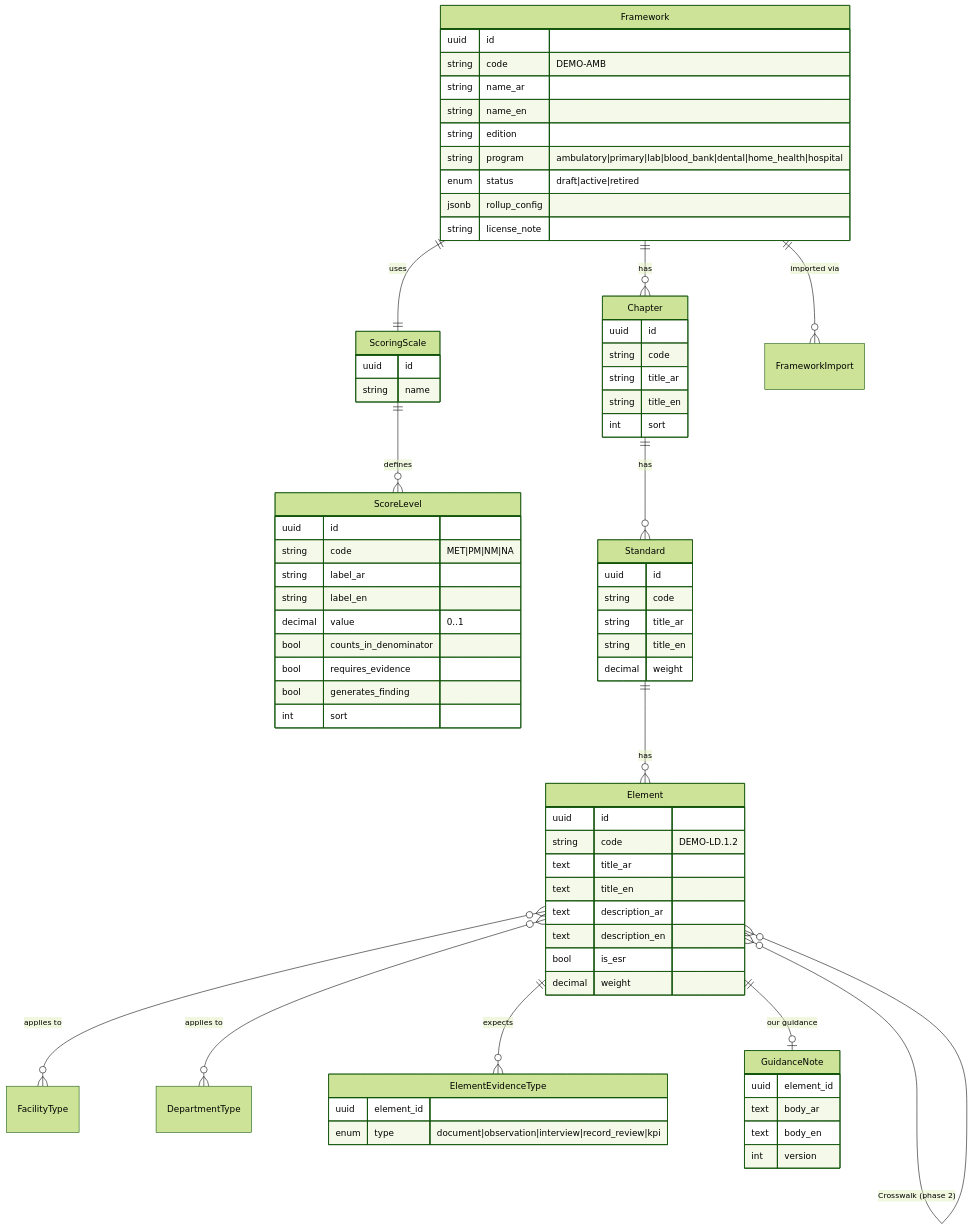
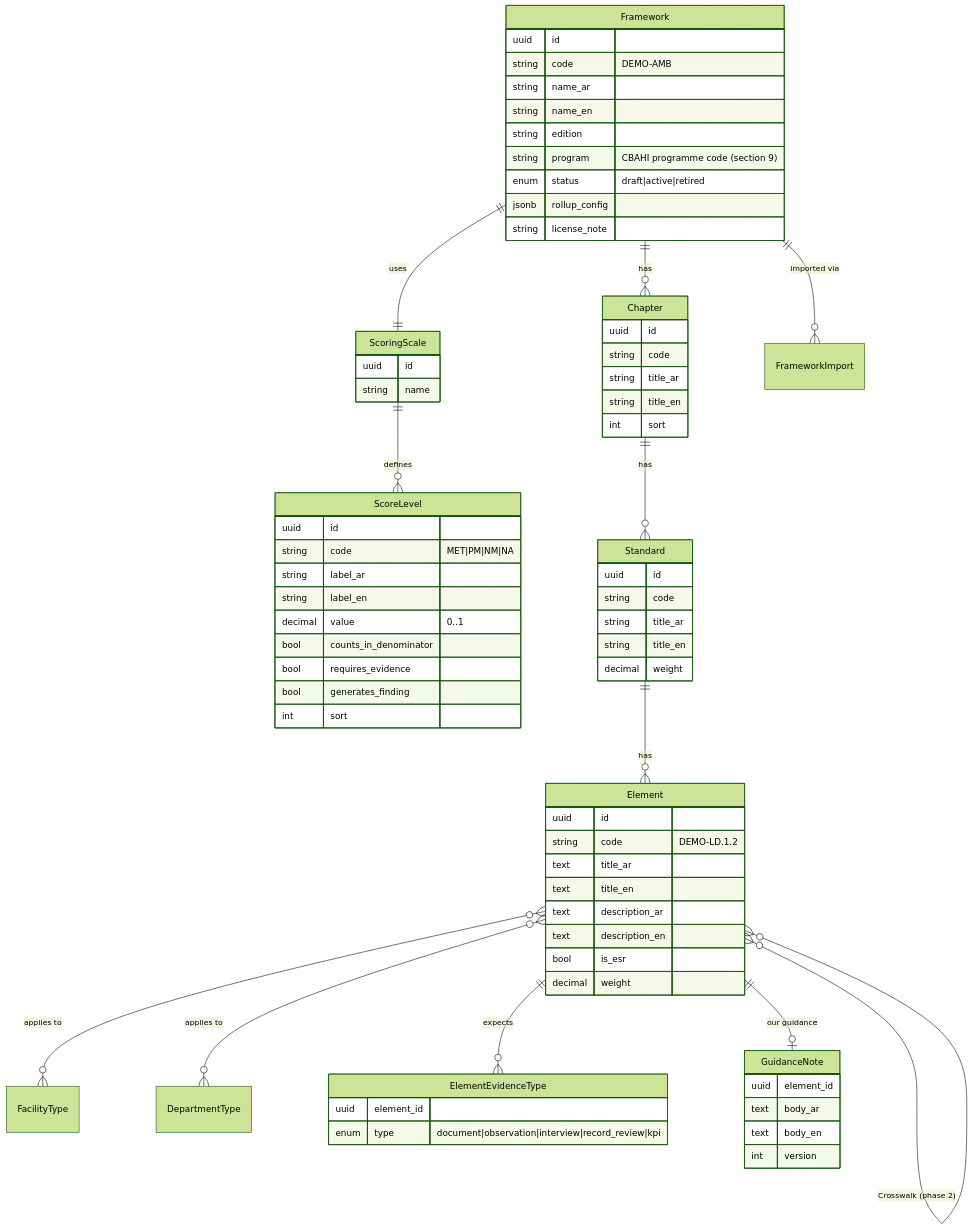
The first of 4 diagrams in docs/ARCHITECTURE.md (fowzi211-cmd/cbahi-compliance-platform), drawn with Mermaid (forest theme) before and after one commit. The commit also changed other lines of this file and 11 other files, not shown here.

First line of the commit message:
feat(standards): add the full CBAHI programme list and a seasonal hospital type

````diff
--- a/docs/ARCHITECTURE.md
+++ b/docs/ARCHITECTURE.md
@@ -77,52 +77,52 @@
 ```mermaid
 erDiagram
   Framework ||--o{ Chapter : has
   Framework ||--|| ScoringScale : uses
   ScoringScale ||--o{ ScoreLevel : defines
   Chapter ||--o{ Standard : has
   Standard ||--o{ Element : has
   Element }o--o{ FacilityType : "applies to"
   Element }o--o{ DepartmentType : "applies to"
   Element ||--o{ ElementEvidenceType : expects
   Element ||--o| GuidanceNote : "our guidance"
   Framework ||--o{ FrameworkImport : "imported via"
   Element }o--o{ Element : "Crosswalk (phase 2)"
 
   Framework {
     uuid id
     string code "DEMO-AMB"
     string name_ar
     string name_en
     string edition
-    string program "ambulatory|primary|lab|blood_bank|dental|home_health|hospital"
+    string program "CBAHI programme code (section 9)"
     enum status "draft|active|retired"
     jsonb rollup_config
     string license_note
   }
   ScoringScale { uuid id  string name }
   ScoreLevel {
     uuid id
     string code "MET|PM|NM|NA"
     string label_ar
     string label_en
     decimal value "0..1"
     bool counts_in_denominator
     bool requires_evidence
     bool generates_finding
     int sort
   }
   Chapter { uuid id  string code  string title_ar  string title_en  int sort }
   Standard { uuid id  string code  string title_ar  string title_en  decimal weight }
   Element {
     uuid id
     string code "DEMO-LD.1.2"
     text title_ar
     text title_en
     text description_ar
     text description_en
     bool is_esr
     decimal weight
   }
   ElementEvidenceType { uuid element_id  enum type "document|observation|interview|record_review|kpi" }
   GuidanceNote { uuid element_id  text body_ar  text body_en  int version }
 ```
````
